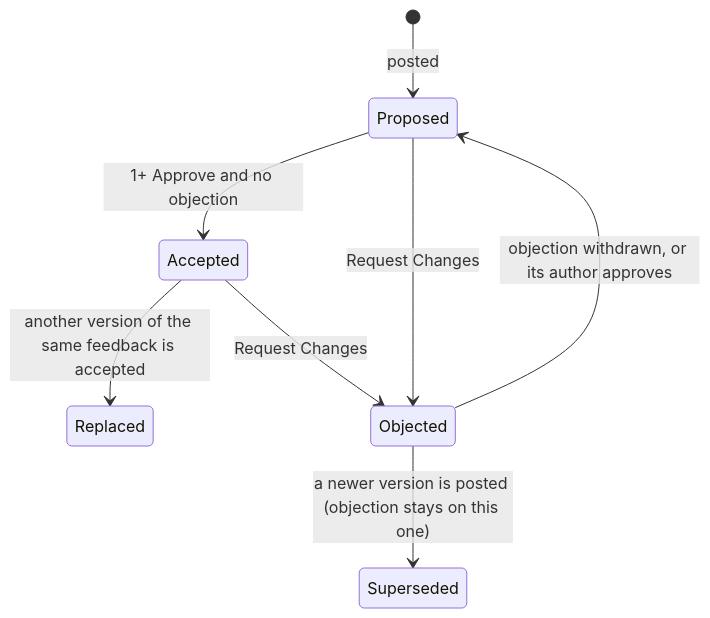
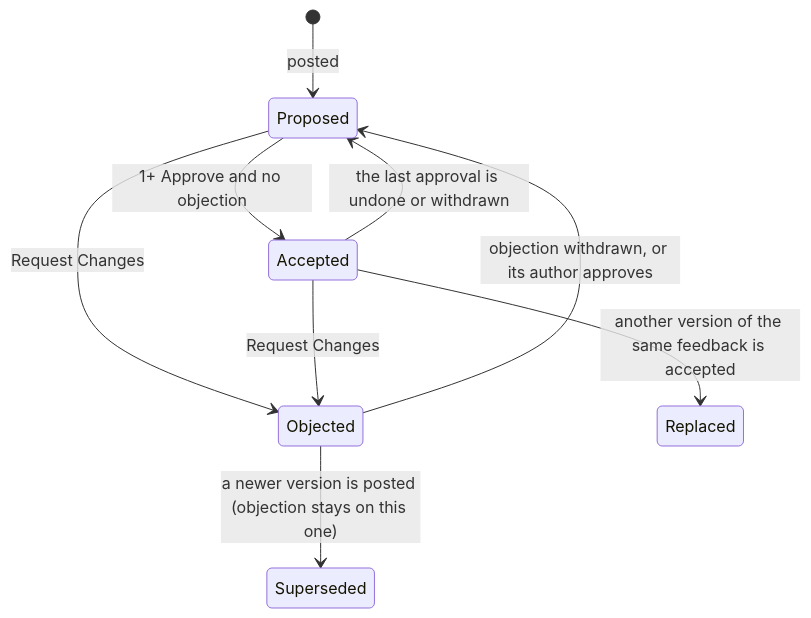
One commit to cdudek/snapmark changed the second of 9 diagrams in changes/2026-10-27-online-release-1/spec/ia.md. Above: the diagram before and after it, drawn with Mermaid. The commit also changed other lines of this file and 13 other files, not shown here.

````diff
--- a/changes/2026-10-27-online-release-1/spec/ia.md
+++ b/changes/2026-10-27-online-release-1/spec/ia.md
@@ -243,10 +253,11 @@
 ```mermaid
 stateDiagram-v2
     [*] --> Proposed: posted
     Proposed --> Accepted: 1+ Approve and no objection
     Proposed --> Objected: Request Changes
     Objected --> Proposed: objection withdrawn, or its author approves
     Objected --> Superseded: a newer version is posted (objection stays on this one)
     Accepted --> Replaced: another version of the same feedback is accepted
     Accepted --> Objected: Request Changes
+    Accepted --> Proposed: the last approval is undone or withdrawn
 ```
````
